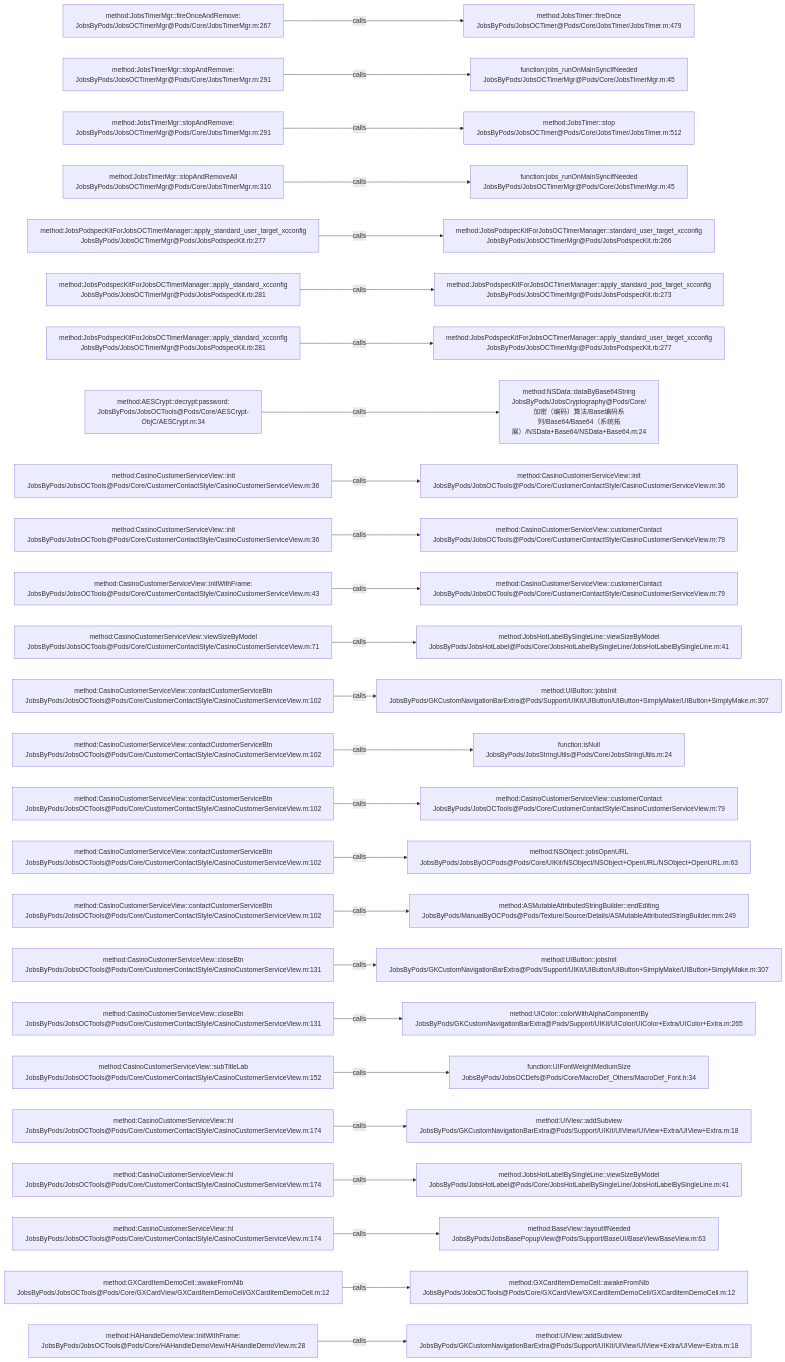
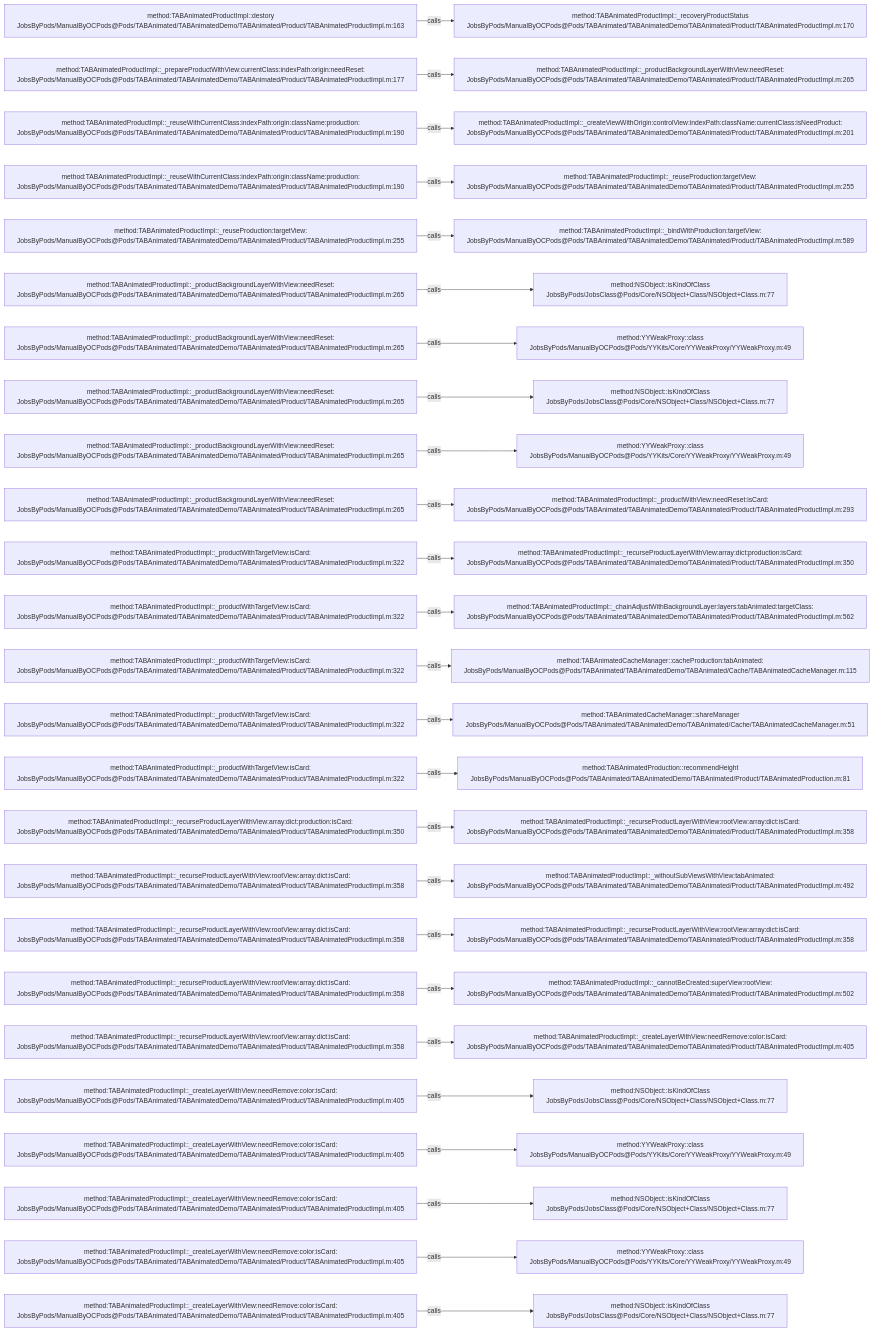
Before and after one commit to JobsKits/JobsOCBaseConfigDemo: the diagram in .codegraph/codegraph.md/graphs/calls-141.md, drawn with Mermaid. The commit also changed 573 other files, not shown here.

````diff
--- a/.codegraph/codegraph.md/graphs/calls-141.md
+++ b/.codegraph/codegraph.md/graphs/calls-141.md
@@ -13,78 +13,78 @@
 ```mermaid
 flowchart LR
-  S1["method:JobsTimerMgr::fireOnceAndRemove:<br/>JobsByPods/JobsOCTimerMgr@Pods/Core/JobsTimerMgr.m:267"]
-  T1["method:JobsTimer::fireOnce<br/>JobsByPods/JobsOCTimer@Pods/Core/JobsTimer/JobsTimer.m:479"]
+  S1["method:TABAnimatedProductImpl::destory<br/>JobsByPods/ManualByOCPods@Pods/TABAnimated/TABAnimatedDemo/TABAnimated/Product/TABAnimatedProductImpl.m:163"]
+  T1["method:TABAnimatedProductImpl::_recoveryProductStatus<br/>JobsByPods/ManualByOCPods@Pods/TABAnimated/TABAnimatedDemo/TABAnimated/Product/TABAnimatedProductImpl.m:170"]
   S1 -->|calls| T1
-  S2["method:JobsTimerMgr::stopAndRemove:<br/>JobsByPods/JobsOCTimerMgr@Pods/Core/JobsTimerMgr.m:291"]
-  T2["function:jobs_runOnMainSyncIfNeeded<br/>JobsByPods/JobsOCTimerMgr@Pods/Core/JobsTimerMgr.m:45"]
+  S2["method:TABAnimatedProductImpl::_prepareProductWithView:currentClass:indexPath:origin:needReset:<br/>JobsByPods/ManualByOCPods@Pods/TABAnimated/TABAnimatedDemo/TABAnimated/Product/TABAnimatedProductImpl.m:177"]
+  T2["method:TABAnimatedProductImpl::_productBackgroundLayerWithView:needReset:<br/>JobsByPods/ManualByOCPods@Pods/TABAnimated/TABAnimatedDemo/TABAnimated/Product/TABAnimatedProductImpl.m:265"]
   S2 -->|calls| T2
-  S3["method:JobsTimerMgr::stopAndRemove:<br/>JobsByPods/JobsOCTimerMgr@Pods/Core/JobsTimerMgr.m:291"]
-  T3["method:JobsTimer::stop<br/>JobsByPods/JobsOCTimer@Pods/Core/JobsTimer/JobsTimer.m:512"]
+  S3["method:TABAnimatedProductImpl::_reuseWithCurrentClass:indexPath:origin:className:production:<br/>JobsByPods/ManualByOCPods@Pods/TABAnimated/TABAnimatedDemo/TABAnimated/Product/TABAnimatedProductImpl.m:190"]
+  T3["method:TABAnimatedProductImpl::_createViewWithOrigin:controlView:indexPath:className:currentClass:isNeedProduct:<br/>JobsByPods/ManualByOCPods@Pods/TABAnimated/TABAnimatedDemo/TABAnimated/Product/TABAnimatedProductImpl.m:201"]
   S3 -->|calls| T3
-  S4["method:JobsTimerMgr::stopAndRemoveAll<br/>JobsByPods/JobsOCTimerMgr@Pods/Core/JobsTimerMgr.m:310"]
-  T4["function:jobs_runOnMainSyncIfNeeded<br/>JobsByPods/JobsOCTimerMgr@Pods/Core/JobsTimerMgr.m:45"]
+  S4["method:TABAnimatedProductImpl::_reuseWithCurrentClass:indexPath:origin:className:production:<br/>JobsByPods/ManualByOCPods@Pods/TABAnimated/TABAnimatedDemo/TABAnimated/Product/TABAnimatedProductImpl.m:190"]
+  T4["method:TABAnimatedProductImpl::_reuseProduction:targetView:<br/>JobsByPods/ManualByOCPods@Pods/TABAnimated/TABAnimatedDemo/TABAnimated/Product/TABAnimatedProductImpl.m:255"]
   S4 -->|calls| T4
-  S5["method:JobsPodspecKitForJobsOCTimerManager::apply_standard_user_target_xcconfig<br/>JobsByPods/JobsOCTimerMgr@Pods/JobsPodspecKit.rb:277"]
-  T5["method:JobsPodspecKitForJobsOCTimerManager::standard_user_target_xcconfig<br/>JobsByPods/JobsOCTimerMgr@Pods/JobsPodspecKit.rb:266"]
+  S5["method:TABAnimatedProductImpl::_reuseProduction:targetView:<br/>JobsByPods/ManualByOCPods@Pods/TABAnimated/TABAnimatedDemo/TABAnimated/Product/TABAnimatedProductImpl.m:255"]
+  T5["method:TABAnimatedProductImpl::_bindWithProduction:targetView:<br/>JobsByPods/ManualByOCPods@Pods/TABAnimated/TABAnimatedDemo/TABAnimated/Product/TABAnimatedProductImpl.m:589"]
   S5 -->|calls| T5
-  S6["method:JobsPodspecKitForJobsOCTimerManager::apply_standard_xcconfig<br/>JobsByPods/JobsOCTimerMgr@Pods/JobsPodspecKit.rb:281"]
-  T6["method:JobsPodspecKitForJobsOCTimerManager::apply_standard_pod_target_xcconfig<br/>JobsByPods/JobsOCTimerMgr@Pods/JobsPodspecKit.rb:273"]
+  S6["method:TABAnimatedProductImpl::_productBackgroundLayerWithView:needReset:<br/>JobsByPods/ManualByOCPods@Pods/TABAnimated/TABAnimatedDemo/TABAnimated/Product/TABAnimatedProductImpl.m:265"]
+  T6["method:NSObject::isKindOfClass<br/>JobsByPods/JobsClass@Pods/Core/NSObject+Class/NSObject+Class.m:77"]
   S6 -->|calls| T6
-  S7["method:JobsPodspecKitForJobsOCTimerManager::apply_standard_xcconfig<br/>JobsByPods/JobsOCTimerMgr@Pods/JobsPodspecKit.rb:281"]
-  T7["method:JobsPodspecKitForJobsOCTimerManager::apply_standard_user_target_xcconfig<br/>JobsByPods/JobsOCTimerMgr@Pods/JobsPodspecKit.rb:277"]
+  S7["method:TABAnimatedProductImpl::_productBackgroundLayerWithView:needReset:<br/>JobsByPods/ManualByOCPods@Pods/TABAnimated/TABAnimatedDemo/TABAnimated/Product/TABAnimatedProductImpl.m:265"]
+  T7["method:YYWeakProxy::class<br/>JobsByPods/ManualByOCPods@Pods/YYKits/Core/YYWeakProxy/YYWeakProxy.m:49"]
   S7 -->|calls| T7
-  S8["method:AESCrypt::decrypt:password:<br/>JobsByPods/JobsOCTools@Pods/Core/AESCrypt-ObjC/AESCrypt.m:34"]
-  T8["method:NSData::dataByBase64String<br/>JobsByPods/JobsCryptography@Pods/Core/加密（编码）算法/Base编码系列/Base64/Base64（系统拓展）/NSData+Base64/NSData+Base64.m:24"]
+  S8["method:TABAnimatedProductImpl::_productBackgroundLayerWithView:needReset:<br/>JobsByPods/ManualByOCPods@Pods/TABAnimated/TABAnimatedDemo/TABAnimated/Product/TABAnimatedProductImpl.m:265"]
+  T8["method:NSObject::isKindOfClass<br/>JobsByPods/JobsClass@Pods/Core/NSObject+Class/NSObject+Class.m:77"]
   S8 -->|calls| T8
-  S9["method:CasinoCustomerServiceView::init<br/>JobsByPods/JobsOCTools@Pods/Core/CustomerContactStyle/CasinoCustomerServiceView.m:36"]
-  T9["method:CasinoCustomerServiceView::init<br/>JobsByPods/JobsOCTools@Pods/Core/CustomerContactStyle/CasinoCustomerServiceView.m:36"]
+  S9["method:TABAnimatedProductImpl::_productBackgroundLayerWithView:needReset:<br/>JobsByPods/ManualByOCPods@Pods/TABAnimated/TABAnimatedDemo/TABAnimated/Product/TABAnimatedProductImpl.m:265"]
+  T9["method:YYWeakProxy::class<br/>JobsByPods/ManualByOCPods@Pods/YYKits/Core/YYWeakProxy/YYWeakProxy.m:49"]
   S9 -->|calls| T9
-  S10["method:CasinoCustomerServiceView::init<br/>JobsByPods/JobsOCTools@Pods/Core/CustomerContactStyle/CasinoCustomerServiceView.m:36"]
-  T10["method:CasinoCustomerServiceView::customerContact<br/>JobsByPods/JobsOCTools@Pods/Core/CustomerContactStyle/CasinoCustomerServiceView.m:79"]
+  S10["method:TABAnimatedProductImpl::_productBackgroundLayerWithView:needReset:<br/>JobsByPods/ManualByOCPods@Pods/TABAnimated/TABAnimatedDemo/TABAnimated/Product/TABAnimatedProductImpl.m:265"]
+  T10["method:TABAnimatedProductImpl::_productWithView:needReset:isCard:<br/>JobsByPods/ManualByOCPods@Pods/TABAnimated/TABAnimatedDemo/TABAnimated/Product/TABAnimatedProductImpl.m:293"]
   S10 -->|calls| T10
-  S11["method:CasinoCustomerServiceView::initWithFrame:<br/>JobsByPods/JobsOCTools@Pods/Core/CustomerContactStyle/CasinoCustomerServiceView.m:43"]
-  T11["method:CasinoCustomerServiceView::customerContact<br/>JobsByPods/JobsOCTools@Pods/Core/CustomerContactStyle/CasinoCustomerServiceView.m:79"]
+  S11["method:TABAnimatedProductImpl::_productWithTargetView:isCard:<br/>JobsByPods/ManualByOCPods@Pods/TABAnimated/TABAnimatedDemo/TABAnimated/Product/TABAnimatedProductImpl.m:322"]
+  T11["method:TABAnimatedProductImpl::_recurseProductLayerWithView:array:dict:production:isCard:<br/>JobsByPods/ManualByOCPods@Pods/TABAnimated/TABAnimatedDemo/TABAnimated/Product/TABAnimatedProductImpl.m:350"]
   S11 -->|calls| T11
-  S12["method:CasinoCustomerServiceView::viewSizeByModel<br/>JobsByPods/JobsOCTools@Pods/Core/CustomerContactStyle/CasinoCustomerServiceView.m:71"]
-  T12["method:JobsHotLabelBySingleLine::viewSizeByModel<br/>JobsByPods/JobsHotLabel@Pods/Core/JobsHotLabelBySingleLine/JobsHotLabelBySingleLine.m:41"]
+  S12["method:TABAnimatedProductImpl::_productWithTargetView:isCard:<br/>JobsByPods/ManualByOCPods@Pods/TABAnimated/TABAnimatedDemo/TABAnimated/Product/TABAnimatedProductImpl.m:322"]
+  T12["method:TABAnimatedProductImpl::_chainAdjustWithBackgroundLayer:layers:tabAnimated:targetClass:<br/>JobsByPods/ManualByOCPods@Pods/TABAnimated/TABAnimatedDemo/TABAnimated/Product/TABAnimatedProductImpl.m:562"]
   S12 -->|calls| T12
-  S13["method:CasinoCustomerServiceView::contactCustomerServiceBtn<br/>JobsByPods/JobsOCTools@Pods/Core/CustomerContactStyle/CasinoCustomerServiceView.m:102"]
-  T13["method:UIButton::jobsInit<br/>JobsByPods/GKCustomNavigationBarExtra@Pods/Support/UIKit/UIButton/UIButton+SimplyMake/UIButton+SimplyMake.m:307"]
+  S13["method:TABAnimatedProductImpl::_productWithTargetView:isCard:<br/>JobsByPods/ManualByOCPods@Pods/TABAnimated/TABAnimatedDemo/TABAnimated/Product/TABAnimatedProductImpl.m:322"]
+  T13["method:TABAnimatedCacheManager::cacheProduction:tabAnimated:<br/>JobsByPods/ManualByOCPods@Pods/TABAnimated/TABAnimatedDemo/TABAnimated/Cache/TABAnimatedCacheManager.m:115"]
   S13 -->|calls| T13
-  S14["method:CasinoCustomerServiceView::contactCustomerServiceBtn<br/>JobsByPods/JobsOCTools@Pods/Core/CustomerContactStyle/CasinoCustomerServiceView.m:102"]
-  T14["function:isNull<br/>JobsByPods/JobsStringUtils@Pods/Core/JobsStringUtils.m:24"]
+  S14["method:TABAnimatedProductImpl::_productWithTargetView:isCard:<br/>JobsByPods/ManualByOCPods@Pods/TABAnimated/TABAnimatedDemo/TABAnimated/Product/TABAnimatedProductImpl.m:322"]
+  T14["method:TABAnimatedCacheManager::shareManager<br/>JobsByPods/ManualByOCPods@Pods/TABAnimated/TABAnimatedDemo/TABAnimated/Cache/TABAnimatedCacheManager.m:51"]
   S14 -->|calls| T14
-  S15["method:CasinoCustomerServiceView::contactCustomerServiceBtn<br/>JobsByPods/JobsOCTools@Pods/Core/CustomerContactStyle/CasinoCustomerServiceView.m:102"]
-  T15["method:CasinoCustomerServiceView::customerContact<br/>JobsByPods/JobsOCTools@Pods/Core/CustomerContactStyle/CasinoCustomerServiceView.m:79"]
+  S15["method:TABAnimatedProductImpl::_productWithTargetView:isCard:<br/>JobsByPods/ManualByOCPods@Pods/TABAnimated/TABAnimatedDemo/TABAnimated/Product/TABAnimatedProductImpl.m:322"]
+  T15["method:TABAnimatedProduction::recommendHeight<br/>JobsByPods/ManualByOCPods@Pods/TABAnimated/TABAnimatedDemo/TABAnimated/Product/TABAnimatedProduction.m:81"]
   S15 -->|calls| T15
-  S16["method:CasinoCustomerServiceView::contactCustomerServiceBtn<br/>JobsByPods/JobsOCTools@Pods/Core/CustomerContactStyle/CasinoCustomerServiceView.m:102"]
-  T16["method:NSObject::jobsOpenURL<br/>JobsByPods/JobsByOCPods@Pods/Core/UIKit/NSObject/NSObject+OpenURL/NSObject+OpenURL.m:63"]
+  S16["method:TABAnimatedProductImpl::_recurseProductLayerWithView:array:dict:production:isCard:<br/>JobsByPods/ManualByOCPods@Pods/TABAnimated/TABAnimatedDemo/TABAnimated/Product/TABAnimatedProductImpl.m:350"]
+  T16["method:TABAnimatedProductImpl::_recurseProductLayerWithView:rootView:array:dict:isCard:<br/>JobsByPods/ManualByOCPods@Pods/TABAnimated/TABAnimatedDemo/TABAnimated/Product/TABAnimatedProductImpl.m:358"]
   S16 -->|calls| T16
-  S17["method:CasinoCustomerServiceView::contactCustomerServiceBtn<br/>JobsByPods/JobsOCTools@Pods/Core/CustomerContactStyle/CasinoCustomerServiceView.m:102"]
-  T17["method:ASMutableAttributedStringBuilder::endEditing<br/>JobsByPods/ManualByOCPods@Pods/Texture/Source/Details/ASMutableAttributedStringBuilder.mm:249"]
+  S17["method:TABAnimatedProductImpl::_recurseProductLayerWithView:rootView:array:dict:isCard:<br/>JobsByPods/ManualByOCPods@Pods/TABAnimated/TABAnimatedDemo/TABAnimated/Product/TABAnimatedProductImpl.m:358"]
+  T17["method:TABAnimatedProductImpl::_withoutSubViewsWithView:tabAnimated:<br/>JobsByPods/ManualByOCPods@Pods/TABAnimated/TABAnimatedDemo/TABAnimated/Product/TABAnimatedProductImpl.m:492"]
   S17 -->|calls| T17
-  S18["method:CasinoCustomerServiceView::closeBtn<br/>JobsByPods/JobsOCTools@Pods/Core/CustomerContactStyle/CasinoCustomerServiceView.m:131"]
-  T18["method:UIButton::jobsInit<br/>JobsByPods/GKCustomNavigationBarExtra@Pods/Support/UIKit/UIButton/UIButton+SimplyMake/UIButton+SimplyMake.m:307"]
+  S18["method:TABAnimatedProductImpl::_recurseProductLayerWithView:rootView:array:dict:isCard:<br/>JobsByPods/ManualByOCPods@Pods/TABAnimated/TABAnimatedDemo/TABAnimated/Product/TABAnimatedProductImpl.m:358"]
+  T18["method:TABAnimatedProductImpl::_recurseProductLayerWithView:rootView:array:dict:isCard:<br/>JobsByPods/ManualByOCPods@Pods/TABAnimated/TABAnimatedDemo/TABAnimated/Product/TABAnimatedProductImpl.m:358"]
   S18 -->|calls| T18
-  S19["method:CasinoCustomerServiceView::closeBtn<br/>JobsByPods/JobsOCTools@Pods/Core/CustomerContactStyle/CasinoCustomerServiceView.m:131"]
-  T19["method:UIColor::colorWithAlphaComponentBy<br/>JobsByPods/GKCustomNavigationBarExtra@Pods/Support/UIKit/UIColor/UIColor+Extra/UIColor+Extra.m:265"]
+  S19["method:TABAnimatedProductImpl::_recurseProductLayerWithView:rootView:array:dict:isCard:<br/>JobsByPods/ManualByOCPods@Pods/TABAnimated/TABAnimatedDemo/TABAnimated/Product/TABAnimatedProductImpl.m:358"]
+  T19["method:TABAnimatedProductImpl::_cannotBeCreated:superView:rootView:<br/>JobsByPods/ManualByOCPods@Pods/TABAnimated/TABAnimatedDemo/TABAnimated/Product/TABAnimatedProductImpl.m:502"]
   S19 -->|calls| T19
-  S20["method:CasinoCustomerServiceView::subTitleLab<br/>JobsByPods/JobsOCTools@Pods/Core/CustomerContactStyle/CasinoCustomerServiceView.m:152"]
-  T20["function:UIFontWeightMediumSize<br/>JobsByPods/JobsOCDefs@Pods/Core/MacroDef_Others/MacroDef_Font.h:34"]
+  S20["method:TABAnimatedProductImpl::_recurseProductLayerWithView:rootView:array:dict:isCard:<br/>JobsByPods/ManualByOCPods@Pods/TABAnimated/TABAnimatedDemo/TABAnimated/Product/TABAnimatedProductImpl.m:358"]
+  T20["method:TABAnimatedProductImpl::_createLayerWithView:needRemove:color:isCard:<br/>JobsByPods/ManualByOCPods@Pods/TABAnimated/TABAnimatedDemo/TABAnimated/Product/TABAnimatedProductImpl.m:405"]
   S20 -->|calls| T20
-  S21["method:CasinoCustomerServiceView::hl<br/>JobsByPods/JobsOCTools@Pods/Core/CustomerContactStyle/CasinoCustomerServiceView.m:174"]
-  T21["method:UIView::addSubview<br/>JobsByPods/GKCustomNavigationBarExtra@Pods/Support/UIKit/UIView/UIView+Extra/UIView+Extra.m:18"]
+  S21["method:TABAnimatedProductImpl::_createLayerWithView:needRemove:color:isCard:<br/>JobsByPods/ManualByOCPods@Pods/TABAnimated/TABAnimatedDemo/TABAnimated/Product/TABAnimatedProductImpl.m:405"]
+  T21["method:NSObject::isKindOfClass<br/>JobsByPods/JobsClass@Pods/Core/NSObject+Class/NSObject+Class.m:77"]
   S21 -->|calls| T21
-  S22["method:CasinoCustomerServiceView::hl<br/>JobsByPods/JobsOCTools@Pods/Core/CustomerContactStyle/CasinoCustomerServiceView.m:174"]
-  T22["method:JobsHotLabelBySingleLine::viewSizeByModel<br/>JobsByPods/JobsHotLabel@Pods/Core/JobsHotLabelBySingleLine/JobsHotLabelBySingleLine.m:41"]
+  S22["method:TABAnimatedProductImpl::_createLayerWithView:needRemove:color:isCard:<br/>JobsByPods/ManualByOCPods@Pods/TABAnimated/TABAnimatedDemo/TABAnimated/Product/TABAnimatedProductImpl.m:405"]
+  T22["method:YYWeakProxy::class<br/>JobsByPods/ManualByOCPods@Pods/YYKits/Core/YYWeakProxy/YYWeakProxy.m:49"]
   S22 -->|calls| T22
-  S23["method:CasinoCustomerServiceView::hl<br/>JobsByPods/JobsOCTools@Pods/Core/CustomerContactStyle/CasinoCustomerServiceView.m:174"]
-  T23["method:BaseView::layoutIfNeeded<br/>JobsByPods/JobsBasePopupView@Pods/Support/BaseUI/BaseView/BaseView.m:63"]
+  S23["method:TABAnimatedProductImpl::_createLayerWithView:needRemove:color:isCard:<br/>JobsByPods/ManualByOCPods@Pods/TABAnimated/TABAnimatedDemo/TABAnimated/Product/TABAnimatedProductImpl.m:405"]
+  T23["method:NSObject::isKindOfClass<br/>JobsByPods/JobsClass@Pods/Core/NSObject+Class/NSObject+Class.m:77"]
   S23 -->|calls| T23
-  S24["method:GXCardItemDemoCell::awakeFromNib<br/>JobsByPods/JobsOCTools@Pods/Core/GXCardView/GXCardItemDemoCell/GXCardItemDemoCell.m:12"]
-  T24["method:GXCardItemDemoCell::awakeFromNib<br/>JobsByPods/JobsOCTools@Pods/Core/GXCardView/GXCardItemDemoCell/GXCardItemDemoCell.m:12"]
+  S24["method:TABAnimatedProductImpl::_createLayerWithView:needRemove:color:isCard:<br/>JobsByPods/ManualByOCPods@Pods/TABAnimated/TABAnimatedDemo/TABAnimated/Product/TABAnimatedProductImpl.m:405"]
+  T24["method:YYWeakProxy::class<br/>JobsByPods/ManualByOCPods@Pods/YYKits/Core/YYWeakProxy/YYWeakProxy.m:49"]
   S24 -->|calls| T24
-  S25["method:HAHandleDemoView::initWithFrame:<br/>JobsByPods/JobsOCTools@Pods/Core/HAHandleDemoView/HAHandleDemoView.m:28"]
-  T25["method:UIView::addSubview<br/>JobsByPods/GKCustomNavigationBarExtra@Pods/Support/UIKit/UIView/UIView+Extra/UIView+Extra.m:18"]
+  S25["method:TABAnimatedProductImpl::_createLayerWithView:needRemove:color:isCard:<br/>JobsByPods/ManualByOCPods@Pods/TABAnimated/TABAnimatedDemo/TABAnimated/Product/TABAnimatedProductImpl.m:405"]
+  T25["method:NSObject::isKindOfClass<br/>JobsByPods/JobsClass@Pods/Core/NSObject+Class/NSObject+Class.m:77"]
   S25 -->|calls| T25
 ```
````
